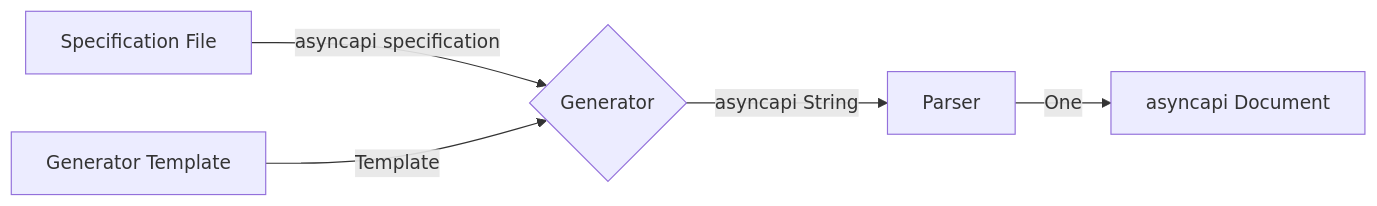
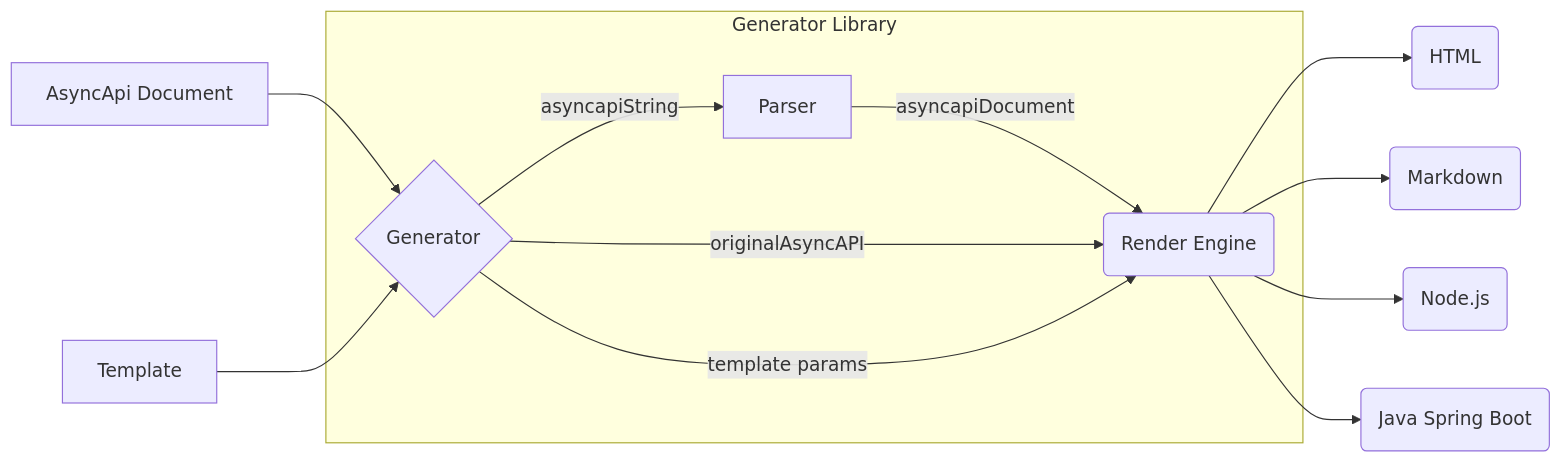
Before and after one commit to asyncapi/generator: the diagram in docs/asyncapi-file.md, drawn with Mermaid. The commit also changed other lines of this file, not shown here.

Commit message:
create technical documentation of the inner working of the asyncapi specification and how it generates code and docs

````diff
--- a/docs/asyncapi-file.md
+++ b/docs/asyncapi-file.md
@@ -36,7 +40,15 @@
 ``` mermaid
 graph LR
-    E[ Specification File ] -->| asyncapi specification | B(Generator)
-    F[ Generator Template ] -->| Template | B{Generator}
-    B -->| asyncapi String| C[Parser]
-    C -->|One| D[asyncapi Document]
+    E[ AsyncApi Document ] --> B{Generator}
+    F[ Template ] --> B{Generator}
+  subgraph Generator Library
+    B -->| asyncapiString| C[Parser]
+    C[Parser] --> |asyncapiDocument| D(Render Engine)
+    B{Generator}--> | originalAsyncAPI | D(Render Engine)
+    B{Generator}--> | template params | D(Render Engine)
+  end
+  D(Render Engine) --> O(HTML)
+  D(Render Engine) --> M(Markdown)
+  D(Render Engine) --> N(Node.js)
+  D(Render Engine) --> J(Java Spring Boot)
 ```
````
